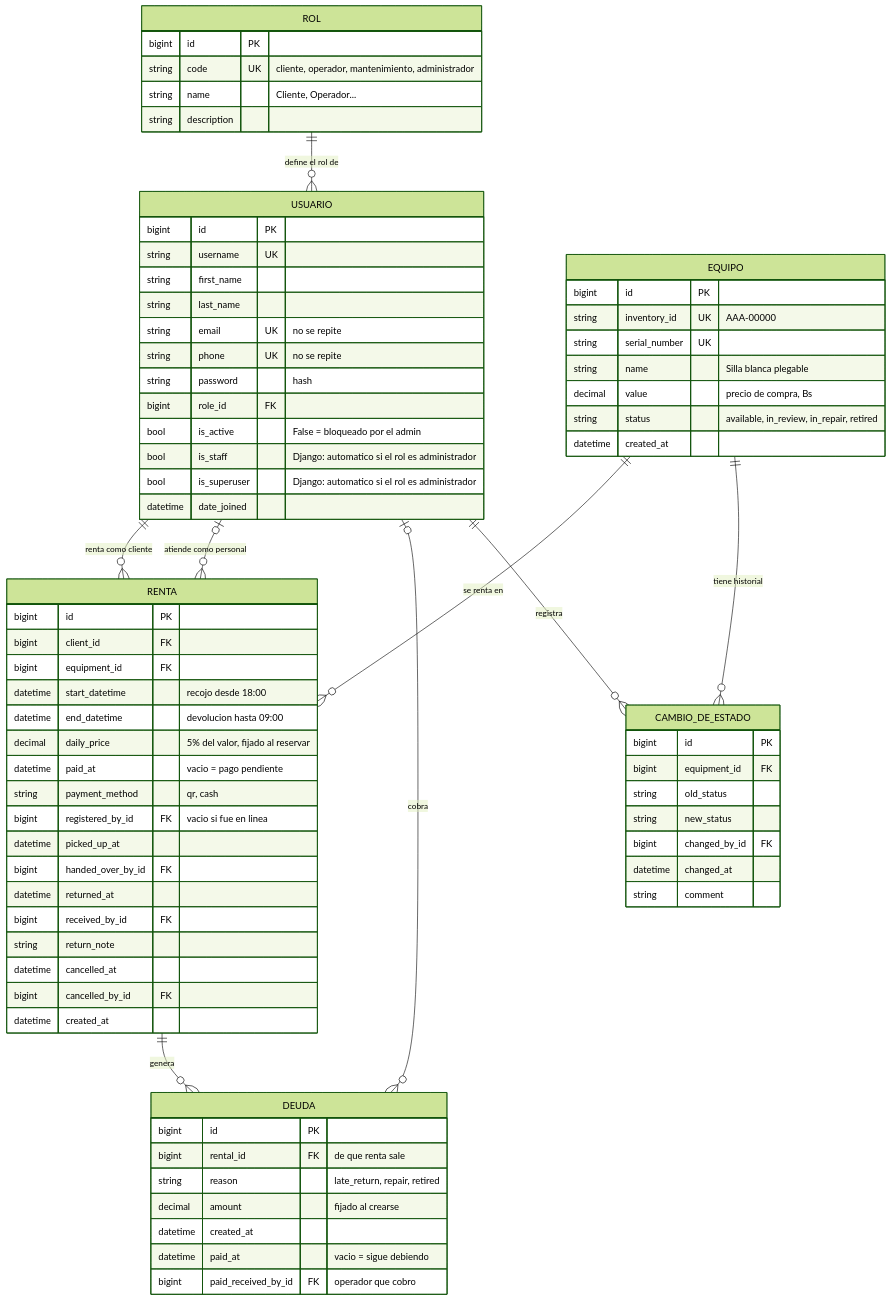
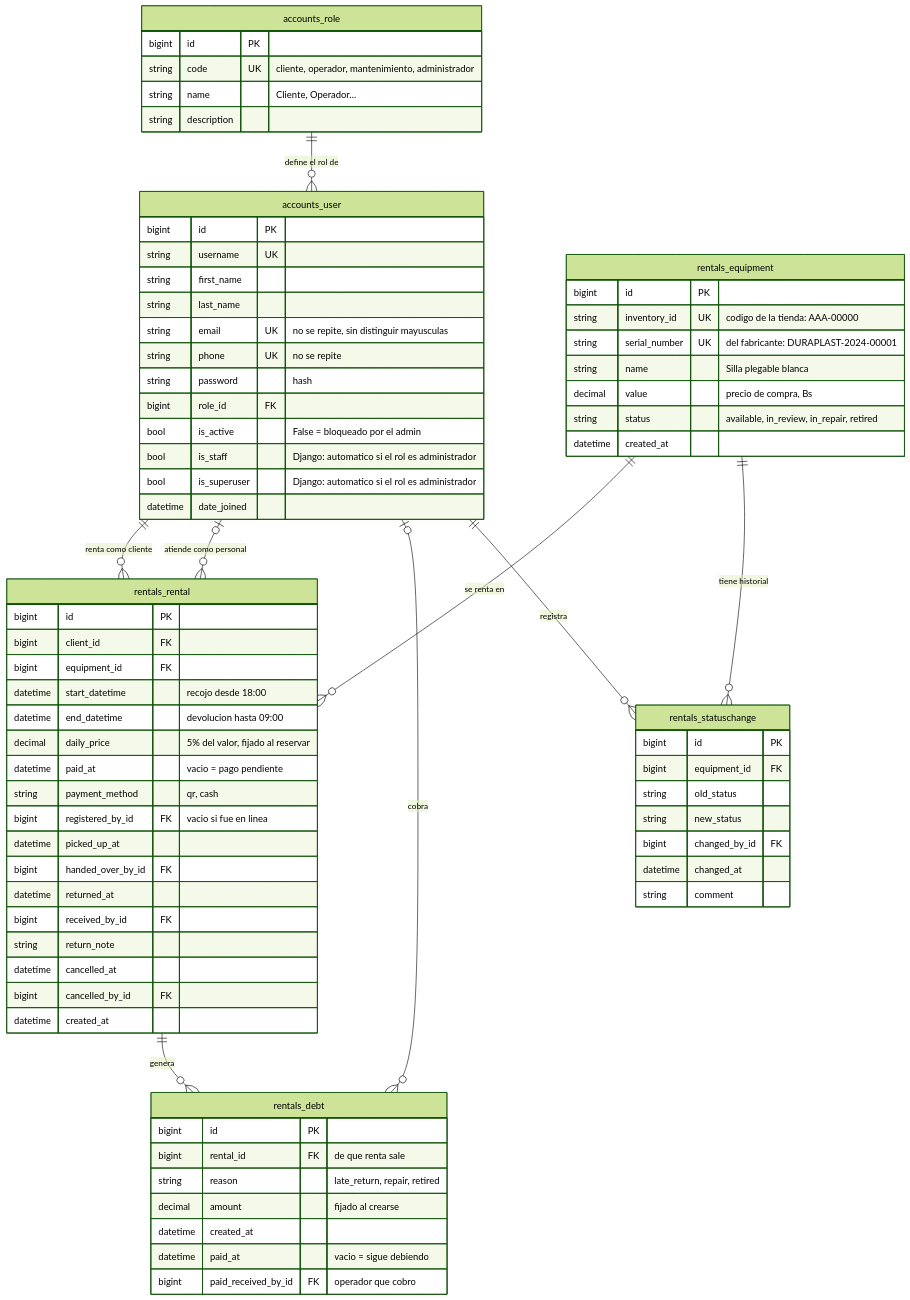
Before and after one commit to peterteranb/astra-rent-system: the diagram in docs/base-de-datos.md, drawn with Mermaid (forest theme). The commit also changed other lines of this file and 9 other files, not shown here.

````diff
--- a/docs/base-de-datos.md
+++ b/docs/base-de-datos.md
@@ -8,78 +18,78 @@
 ```mermaid
 erDiagram
-    ROL ||--o{ USUARIO : "define el rol de"
-    USUARIO ||--o{ RENTA : "renta como cliente"
-    USUARIO |o--o{ RENTA : "atiende como personal"
-    EQUIPO ||--o{ RENTA : "se renta en"
-    RENTA ||--o{ DEUDA : "genera"
-    USUARIO |o--o{ DEUDA : "cobra"
-    EQUIPO ||--o{ CAMBIO_DE_ESTADO : "tiene historial"
-    USUARIO ||--o{ CAMBIO_DE_ESTADO : "registra"
+    accounts_role ||--o{ accounts_user : "define el rol de"
+    accounts_user ||--o{ rentals_rental : "renta como cliente"
+    accounts_user |o--o{ rentals_rental : "atiende como personal"
+    rentals_equipment ||--o{ rentals_rental : "se renta en"
+    rentals_rental ||--o{ rentals_debt : "genera"
+    accounts_user |o--o{ rentals_debt : "cobra"
+    rentals_equipment ||--o{ rentals_statuschange : "tiene historial"
+    accounts_user ||--o{ rentals_statuschange : "registra"
 
-    ROL {
+    accounts_role {
         bigint id PK
         string code UK "cliente, operador, mantenimiento, administrador"
         string name "Cliente, Operador..."
         string description
     }
-    USUARIO {
+    accounts_user {
         bigint id PK
         string username UK
         string first_name
         string last_name
-        string email UK "no se repite"
+        string email UK "no se repite, sin distinguir mayusculas"
         string phone UK "no se repite"
         string password "hash"
         bigint role_id FK
         bool is_active "False = bloqueado por el admin"
         bool is_staff "Django: automatico si el rol es administrador"
         bool is_superuser "Django: automatico si el rol es administrador"
         datetime date_joined
     }
-    EQUIPO {
+    rentals_equipment {
         bigint id PK
-        string inventory_id UK "AAA-00000"
-        string serial_number UK
-        string name "Silla blanca plegable"
+        string inventory_id UK "codigo de la tienda: AAA-00000"
+        string serial_number UK "del fabricante: DURAPLAST-2024-00001"
+        string name "Silla plegable blanca"
         decimal value "precio de compra, Bs"
         string status "available, in_review, in_repair, retired"
         datetime created_at
     }
-    RENTA {
+    rentals_rental {
         bigint id PK
         bigint client_id FK
         bigint equipment_id FK
         datetime start_datetime "recojo desde 18:00"
         datetime end_datetime "devolucion hasta 09:00"
         decimal daily_price "5% del valor, fijado al reservar"
         datetime paid_at "vacio = pago pendiente"
         string payment_method "qr, cash"
         bigint registered_by_id FK "vacio si fue en linea"
         datetime picked_up_at
         bigint handed_over_by_id FK
         datetime returned_at
         bigint received_by_id FK
         string return_note
         datetime cancelled_at
         bigint cancelled_by_id FK
         datetime created_at
     }
-    DEUDA {
+    rentals_debt {
         bigint id PK
         bigint rental_id FK "de que renta sale"
         string reason "late_return, repair, retired"
         decimal amount "fijado al crearse"
         datetime created_at
         datetime paid_at "vacio = sigue debiendo"
         bigint paid_received_by_id FK "operador que cobro"
     }
-    CAMBIO_DE_ESTADO {
+    rentals_statuschange {
         bigint id PK
         bigint equipment_id FK
         string old_status
         string new_status
         bigint changed_by_id FK
         datetime changed_at
         string comment
     }
 ```
````
